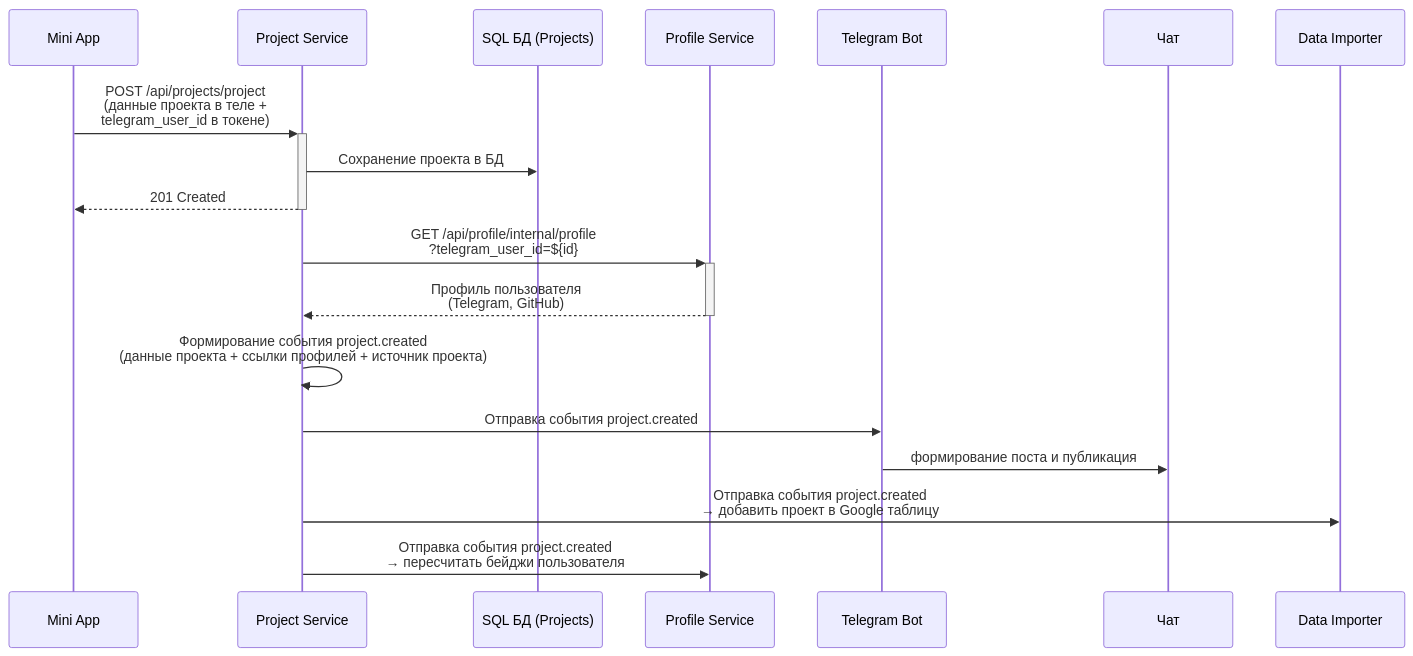
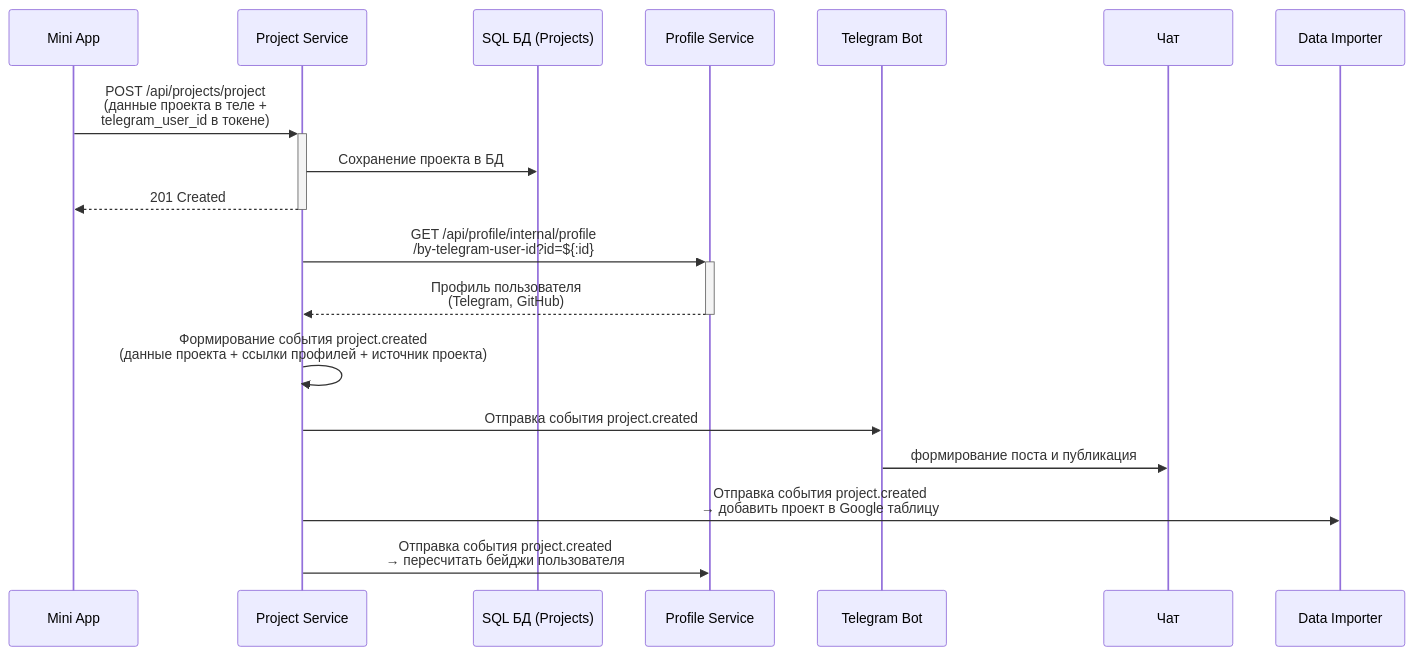
Before and after one commit to it-mentor-community-platform/meta: the first of 3 diagrams in system-analytics/functionality/projects-bookkeeping.md, drawn with Mermaid. The commit also changed other lines of this file, not shown here.

````diff
--- a/system-analytics/functionality/projects-bookkeeping.md
+++ b/system-analytics/functionality/projects-bookkeeping.md
@@ -20,27 +20,27 @@
   ```mermaid
   sequenceDiagram
     participant MiniApp as Mini App
     participant ProjectService as Project Service
     participant SQLDB as SQL БД (Projects)
     participant ProfileService as Profile Service
     participant TelegramBot as Telegram Bot
     participant Chat as Чат
     participant DataImporter as Data Importer
 
     MiniApp ->>+ ProjectService: POST /api/projects/project<br/>(данные проекта в теле +<br/>telegram_user_id в токене)
 
     ProjectService ->> SQLDB: Сохранение проекта в БД
     ProjectService -->>- MiniApp: 201 Created
 
-    ProjectService ->>+ ProfileService: GET /api/profile/internal/profile<br/>?telegram_user_id=${id}
+    ProjectService ->>+ ProfileService: GET /api/profile/internal/profile<br/>/by-telegram-user-id?id=${:id}
     ProfileService -->>- ProjectService: Профиль пользователя<br/>(Telegram, GitHub)
 
     ProjectService ->> ProjectService: Формирование события project.created<br/>(данные проекта + ссылки профилей + источник проекта)
 
     ProjectService ->> TelegramBot: Отправка события project.created
     TelegramBot ->> Chat: формирование поста и публикация
 
     ProjectService ->> DataImporter: Отправка события project.created<br/>→ добавить проект в Google таблицу
 
     ProjectService ->> ProfileService: Отправка события project.created<br/>→ пересчитать бейджи пользователя
   ```
````
